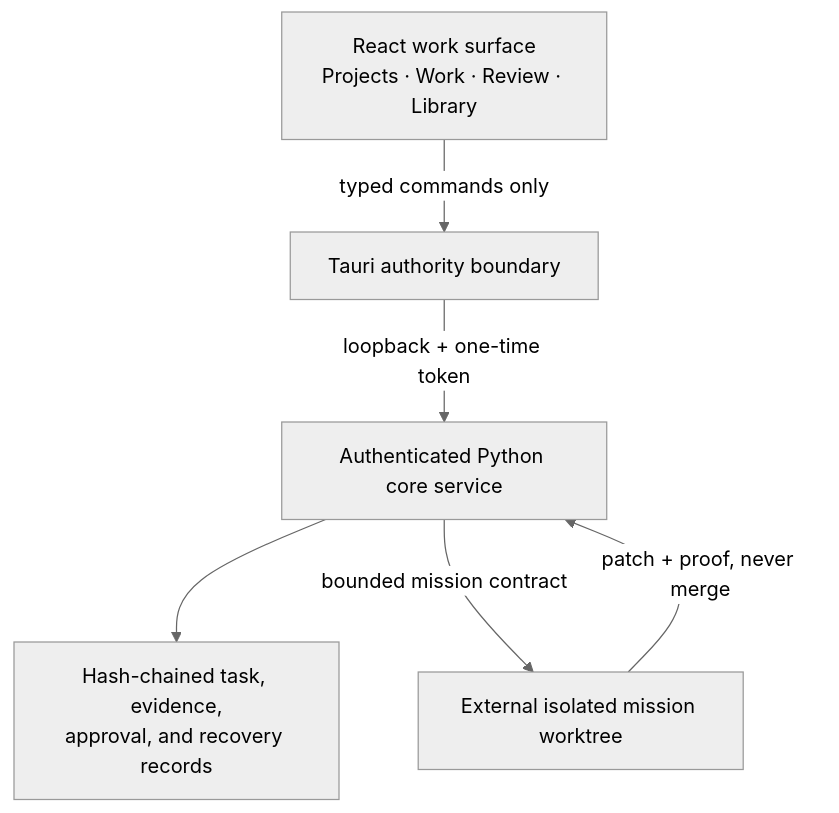
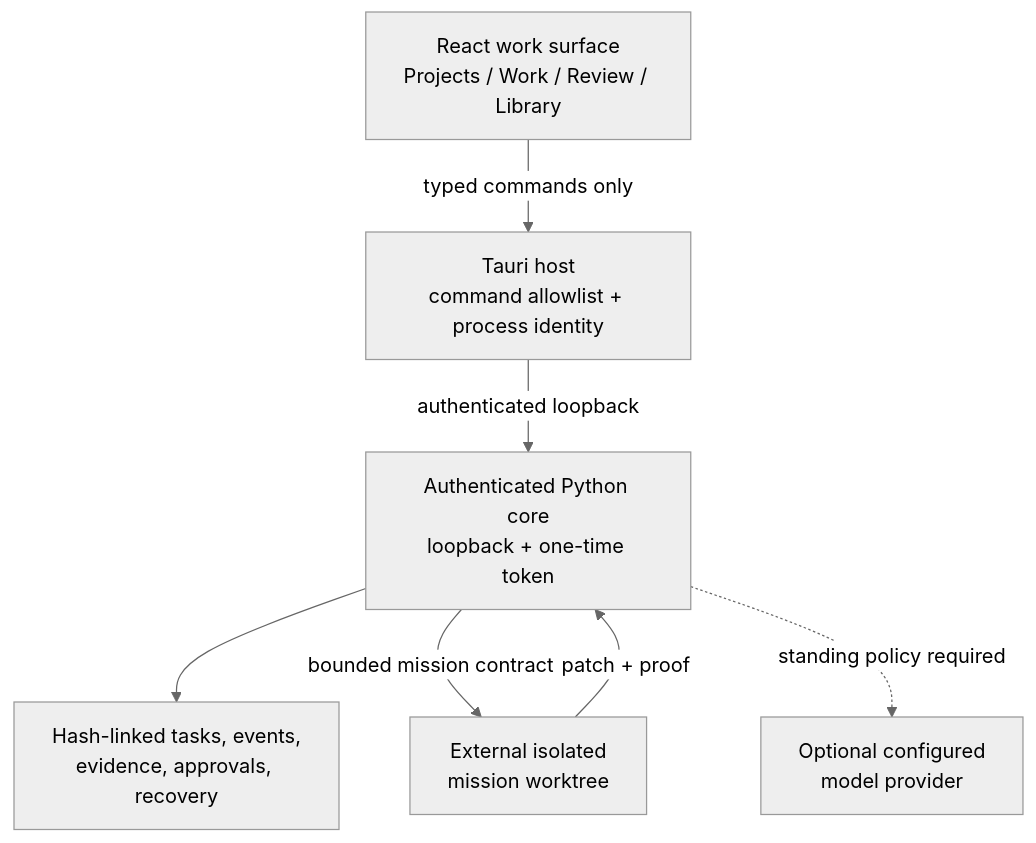
The third of 3 diagrams in README.md (ObtuseAI/blunder), drawn with Mermaid (neutral theme) before and after one commit. The commit also changed other lines of this file, not shown here.

Commit message:
docs: explain Blunder architecture and capabilities

````diff
--- a/README.md
+++ b/README.md
@@ -63,14 +202,16 @@
 ```mermaid
 flowchart TB
-    UI["React work surface<br/>Projects · Work · Review · Library"]
-    HOST["Tauri authority boundary"]
-    SIDECAR["Authenticated Python core service"]
-    STORE["Hash-chained task, evidence,<br/>approval, and recovery records"]
-    WORKTREE["External isolated mission worktree"]
+    UI["React work surface<br/>Projects / Work / Review / Library"]
+    HOST["Tauri host<br/>command allowlist + process identity"]
+    SIDECAR["Authenticated Python core<br/>loopback + one-time token"]
+    STORE["Hash-linked tasks, events,<br/>evidence, approvals, recovery"]
+    WORKTREE["External isolated<br/>mission worktree"]
+    PROVIDER["Optional configured<br/>model provider"]
 
     UI -->|"typed commands only"| HOST
-    HOST -->|"loopback + one-time token"| SIDECAR
+    HOST -->|"authenticated loopback"| SIDECAR
     SIDECAR --> STORE
     SIDECAR -->|"bounded mission contract"| WORKTREE
-    WORKTREE -->|"patch + proof, never merge"| SIDECAR
+    WORKTREE -->|"patch + proof"| SIDECAR
+    SIDECAR -. "standing policy required" .-> PROVIDER
 ```
````
